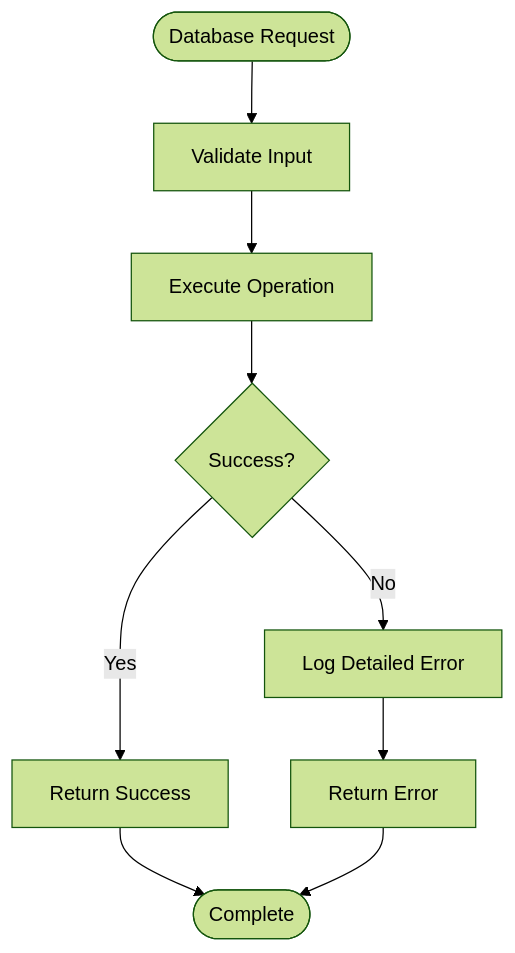
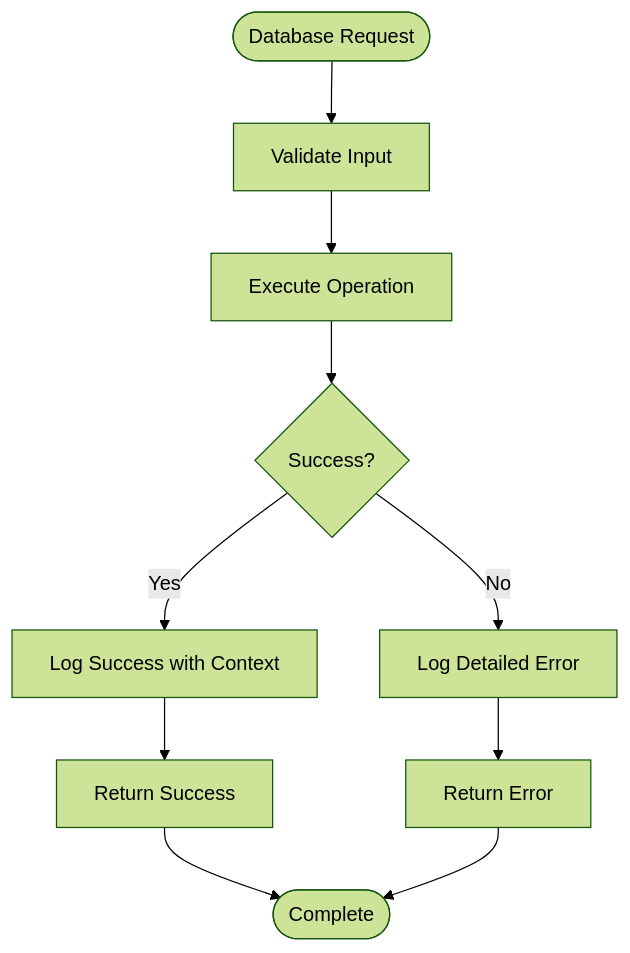
Diagram 18 of 18 in .qoder/repowiki/en/content/Core Components/Database Management.md (Armanda888/appointment-voice-agent), drawn with Mermaid (forest theme) before and after one commit. The commit also changed other lines of this file and 10 other files, not shown here.

````diff
--- a/.qoder/repowiki/en/content/Core Components/Database Management.md
+++ b/.qoder/repowiki/en/content/Core Components/Database Management.md
@@ -422,11 +668,12 @@
 ```mermaid
 flowchart TD
 Request([Database Request]) --> Validate["Validate Input"]
 Validate --> Execute["Execute Operation"]
 Execute --> Success{"Success?"}
-Success --> |Yes| ReturnResult["Return Success"]
+Success --> |Yes| LogSuccess["Log Success with Context"]
+LogSuccess --> ReturnResult["Return Success"]
 Success --> |No| LogError["Log Detailed Error"]
 LogError --> ReturnError["Return Error"]
 ReturnResult --> End([Complete])
 ReturnError --> End
 ```
````
